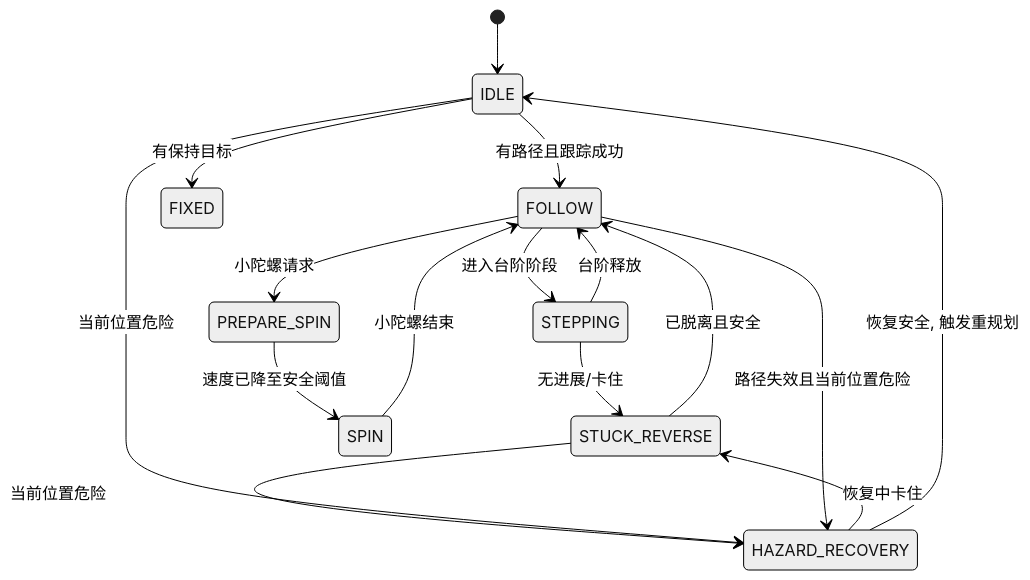
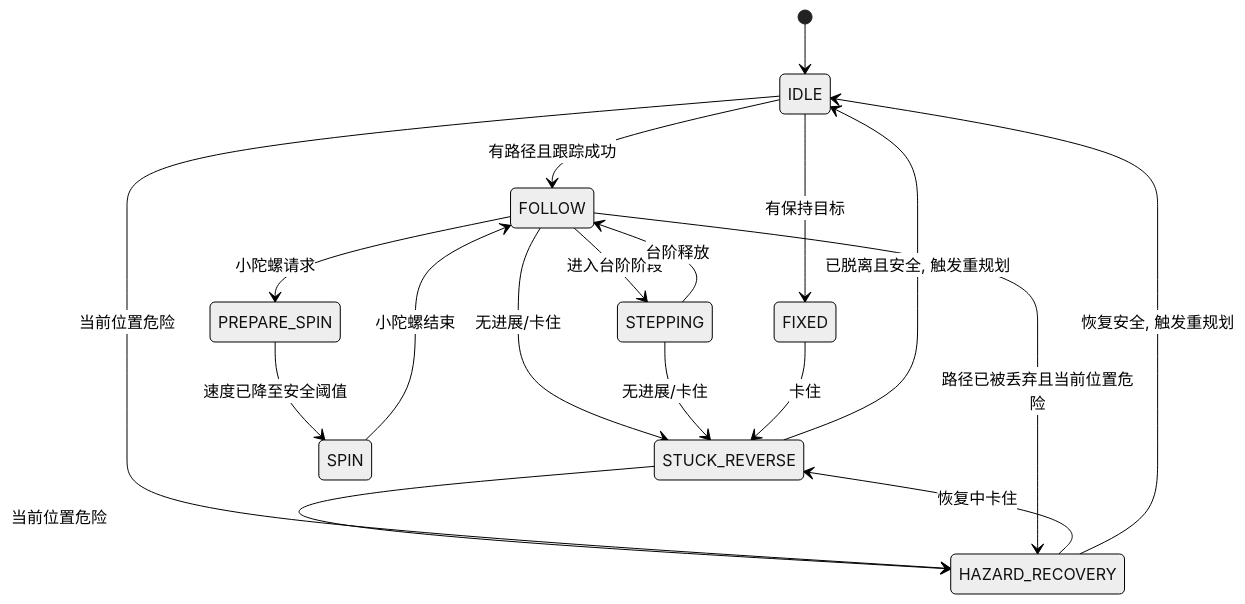
The sixth of 6 diagrams in DESIGN.md (Polyacetone/HWSentryNav26), drawn with Mermaid (neutral theme) before and after one commit. The commit also changed other lines of this file and 4 other files, not shown here.

````diff
--- a/DESIGN.md
+++ b/DESIGN.md
@@ -267,18 +274,20 @@
 ```mermaid
 stateDiagram-v2
     [*] --> IDLE
     IDLE --> FOLLOW: 有路径且跟踪成功
     IDLE --> FIXED: 有保持目标
     FOLLOW --> STEPPING: 进入台阶阶段
     STEPPING --> FOLLOW: 台阶释放
+    FOLLOW --> STUCK_REVERSE: 无进展/卡住
     STEPPING --> STUCK_REVERSE: 无进展/卡住
+    FIXED --> STUCK_REVERSE: 卡住
     STUCK_REVERSE --> HAZARD_RECOVERY: 当前位置危险
-    STUCK_REVERSE --> FOLLOW: 已脱离且安全
+    STUCK_REVERSE --> IDLE: 已脱离且安全, 触发重规划
     HAZARD_RECOVERY --> STUCK_REVERSE: 恢复中卡住
     HAZARD_RECOVERY --> IDLE: 恢复安全, 触发重规划
     FOLLOW --> PREPARE_SPIN: 小陀螺请求
     PREPARE_SPIN --> SPIN: 速度已降至安全阈值
     SPIN --> FOLLOW: 小陀螺结束
     IDLE --> HAZARD_RECOVERY: 当前位置危险
-    FOLLOW --> HAZARD_RECOVERY: 路径失效且当前位置危险
+    FOLLOW --> HAZARD_RECOVERY: 路径已被丢弃且当前位置危险
 ```
````
